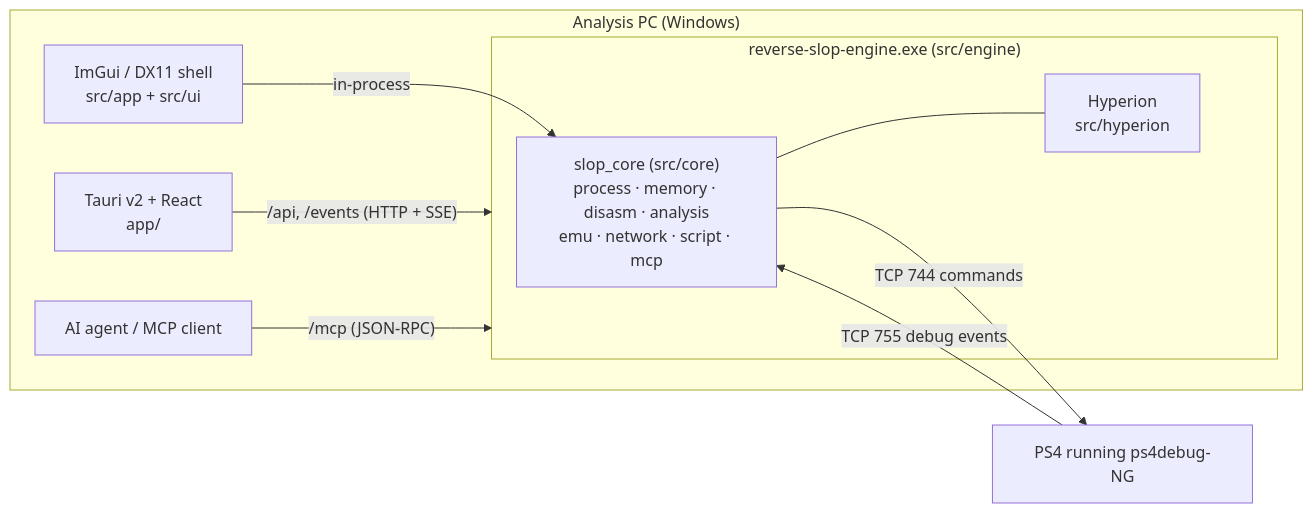
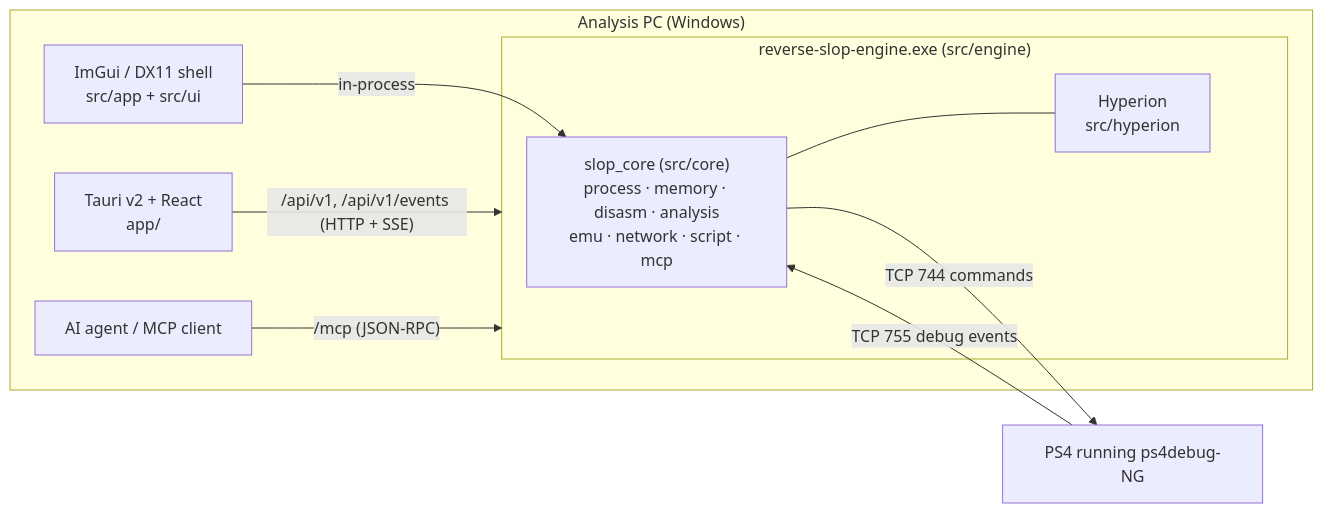
The diagram in README.md (NetVar1337/PS4-Slop), drawn with Mermaid before and after one commit. The commit also changed other lines of this file and 4 other files, not shown here.

Commit message:
docs: README tool index/endpoints/settings/Lua, CHANGELOG Unreleased, ROADMAP rewrite; isolate journal test

````diff
--- a/README.md
+++ b/README.md
@@ -449,15 +471,15 @@
 ```mermaid
 flowchart LR
   subgraph PC["Analysis PC (Windows)"]
-    UI["Tauri v2 + React<br/>app/"] -- "/api, /events (HTTP + SSE)" --> ENG
+    UI["Tauri v2 + React<br/>app/"] -- "/api/v1, /api/v1/events (HTTP + SSE)" --> ENG
     AG["AI agent / MCP client"] -- "/mcp (JSON-RPC)" --> ENG
     IMGUI["ImGui / DX11 shell<br/>src/app + src/ui"] -- in-process --> CORE
     subgraph ENG["reverse-slop-engine.exe (src/engine)"]
       CORE["slop_core (src/core)<br/>process · memory · disasm · analysis<br/>emu · network · script · mcp"]
       HYPE["Hyperion<br/>src/hyperion"]
       CORE --- HYPE
     end
   end
   CORE -- "TCP 744 commands" --> PS4["PS4 running ps4debug-NG"]
   PS4 -- "TCP 755 debug events" --> CORE
 ```
````
